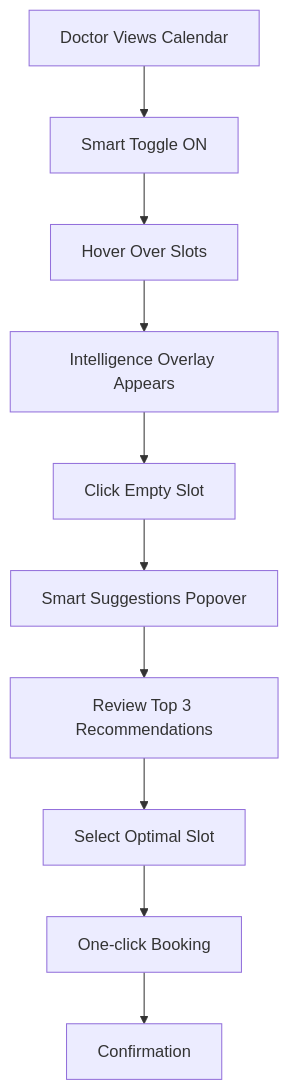
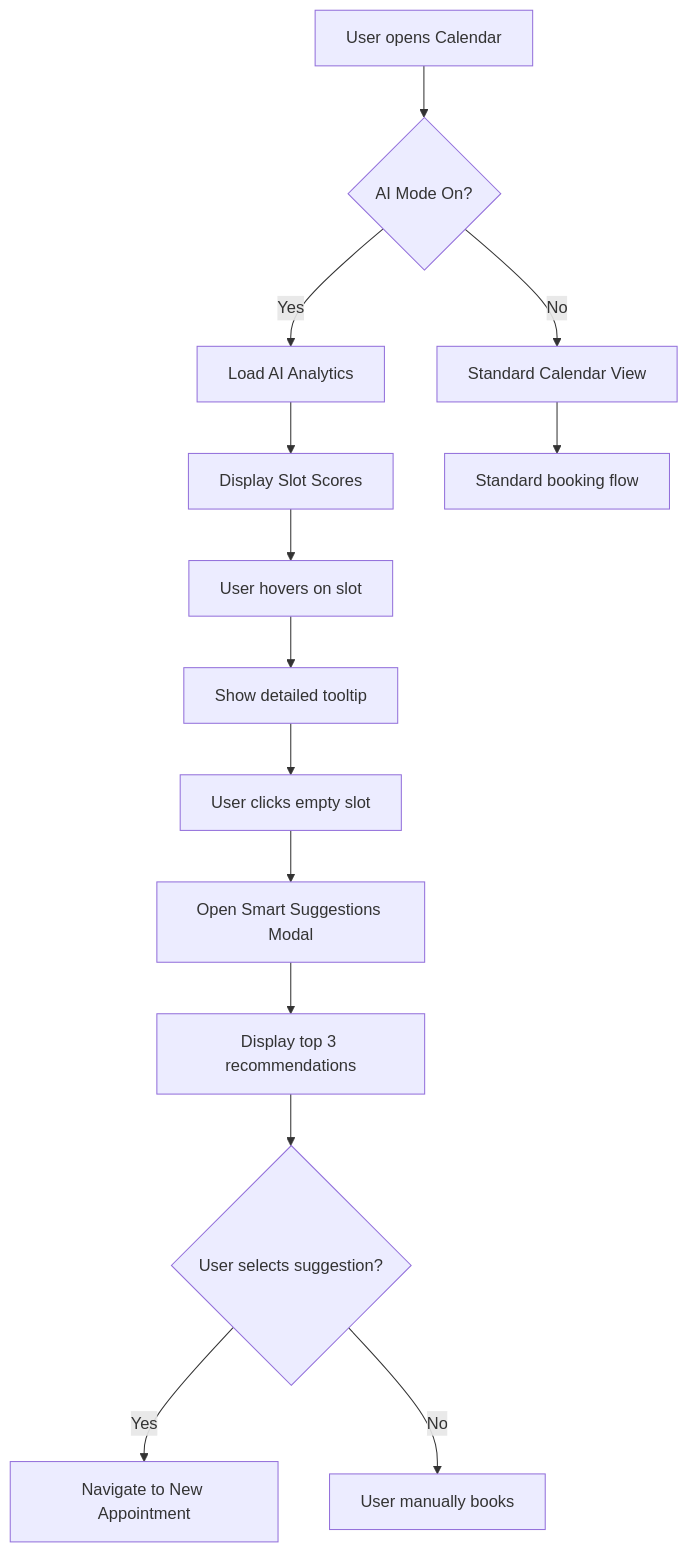
Before and after one commit to ssmith129/Medico-2.0: the first of 2 diagrams in SMART_SCHEDULING_COMPLETE_DESIGN_PACKAGE.md, drawn with Mermaid. The commit also changed other lines of this file, not shown here.

First line of the commit message:
Create Smart Scheduling Design Documentation

````diff
--- a/SMART_SCHEDULING_COMPLETE_DESIGN_PACKAGE.md
+++ b/SMART_SCHEDULING_COMPLETE_DESIGN_PACKAGE.md
@@ -100,12 +92,16 @@
 ```mermaid
 graph TD
-    A[Doctor Views Calendar] --> B[Smart Toggle ON]
-    B --> C[Hover Over Slots]
-    C --> D[Intelligence Overlay Appears]
-    D --> E[Click Empty Slot]
-    E --> F[Smart Suggestions Popover]
-    F --> G[Review Top 3 Recommendations]
-    G --> H[Select Optimal Slot]
-    H --> I[One-click Booking]
-    I --> J[Confirmation]
+    A[User opens Calendar] --> B{AI Mode On?}
+    B -->|Yes| C[Load AI Analytics]
+    B -->|No| D[Standard Calendar View]
+    C --> E[Display Slot Scores]
+    E --> F[User hovers on slot]
+    F --> G[Show detailed tooltip]
+    G --> H[User clicks empty slot]
+    H --> I[Open Smart Suggestions Modal]
+    I --> J[Display top 3 recommendations]
+    J --> K{User selects suggestion?}
+    K -->|Yes| L[Navigate to New Appointment]
+    K -->|No| M[User manually books]
+    D --> N[Standard booking flow]
 ```
````
